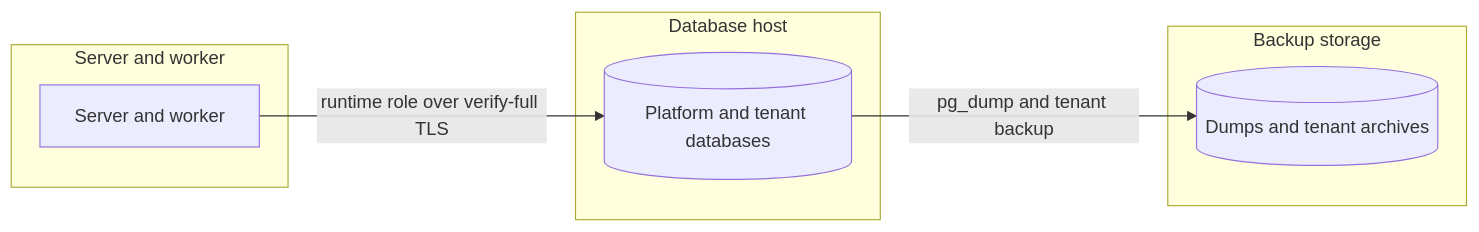
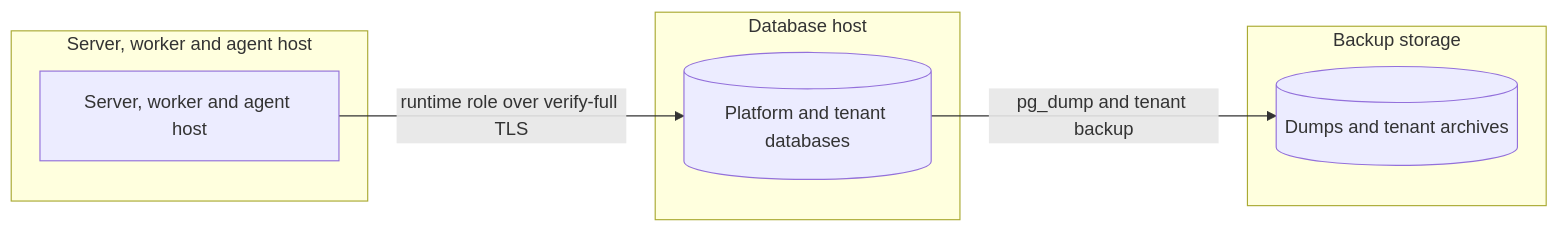
Before and after one commit to phuongnse/axis: the fifth of 7 diagrams in docs/reference/threat-model-installation.md, drawn with Mermaid. The commit also changed other lines of this file and 29 other files, not shown here.

First line of the commit message:
The agent host reads its tenants and reaches each tenant database with the runtime role (#3382)

````diff
--- a/docs/reference/threat-model-installation.md
+++ b/docs/reference/threat-model-installation.md
@@ -133,14 +135,14 @@
 ```mermaid
 flowchart LR
-    subgraph app [Server and worker]
-        Runtime[Server and worker]
+    subgraph app [Server, worker and agent host]
+        Runtime[Server, worker and agent host]
     end
     subgraph database [Database host]
         Db[(Platform and tenant databases)]
     end
     subgraph backupstore [Backup storage]
         Archive[(Dumps and tenant archives)]
     end
     Runtime -->|runtime role over verify-full TLS| Db
     Db -->|pg_dump and tenant backup| Archive
 ```
````
